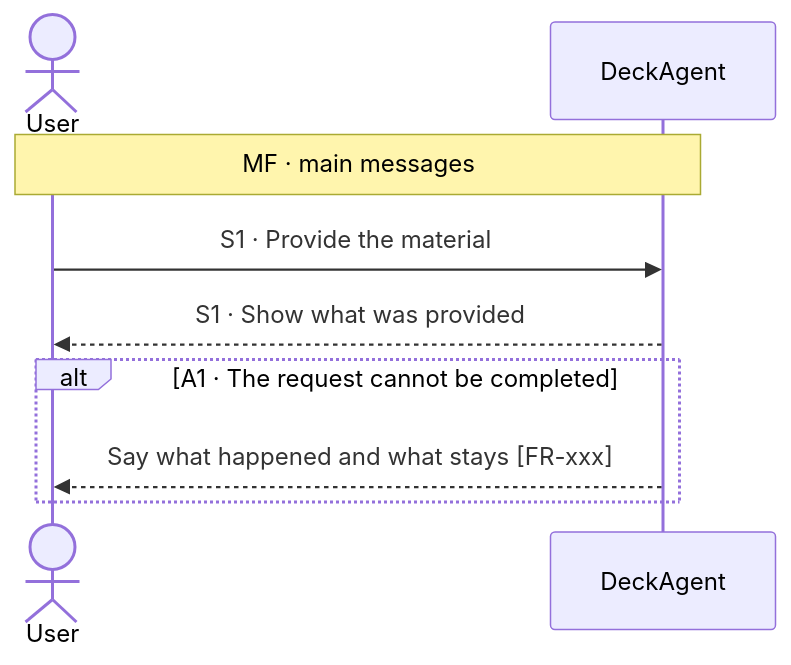
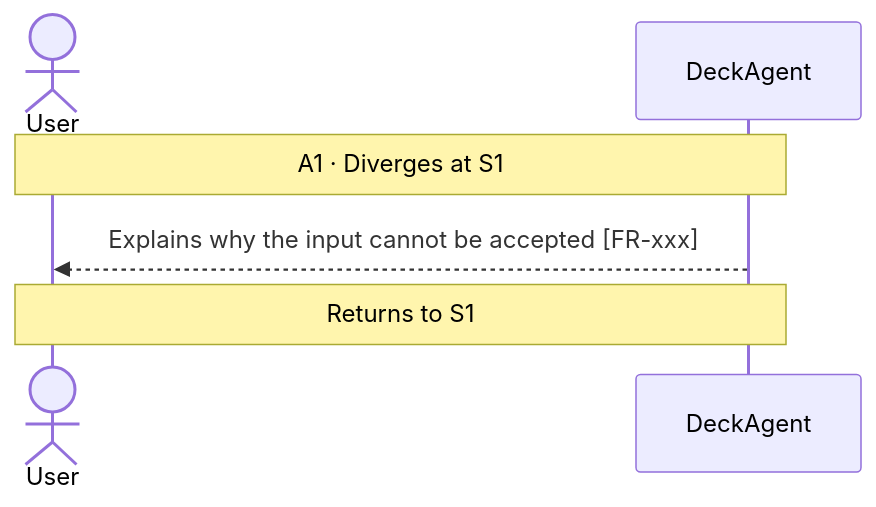
Before and after one commit to Luke23127006/DeckAgent: the second of 2 diagrams in docs/spec/03-use-cases/_TEMPLATE.md, drawn with Mermaid. The commit also changed other lines of this file and 25 other files, not shown here.

Commit message:
docs(spec): restructure use cases with main flow first

````diff
--- a/docs/spec/03-use-cases/_TEMPLATE.md
+++ b/docs/spec/03-use-cases/_TEMPLATE.md
@@ -38,11 +59,8 @@
 ```mermaid
 sequenceDiagram
     actor User
     participant DeckAgent
-    Note over User,DeckAgent: MF · main messages
-    User->>DeckAgent: S1 · Provide the material
-    DeckAgent-->>User: S1 · Show what was provided
-    alt A1 · The request cannot be completed
-        DeckAgent-->>User: Say what happened and what stays [FR-xxx]
-    end
+    Note over User,DeckAgent: A1 · Diverges at S1
+    DeckAgent-->>User: Explains why the input cannot be accepted [FR-xxx]
+    Note over User,DeckAgent: Returns to S1
 ```
````
